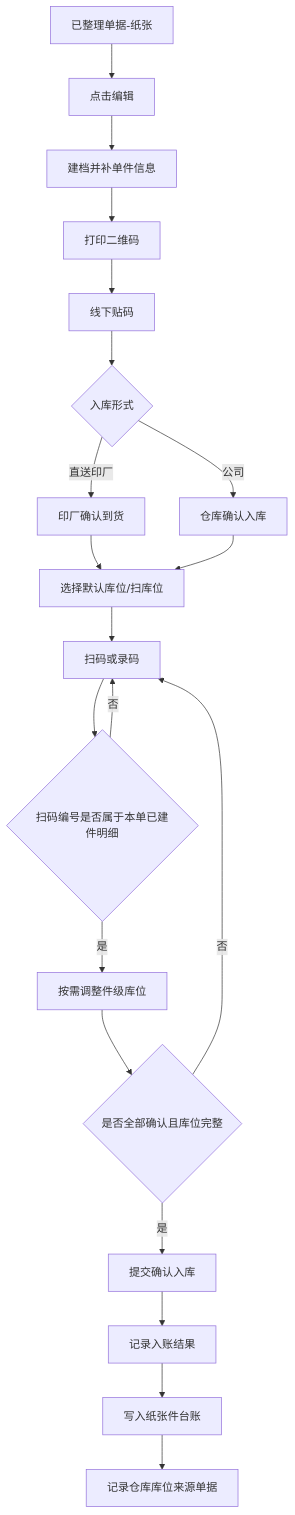
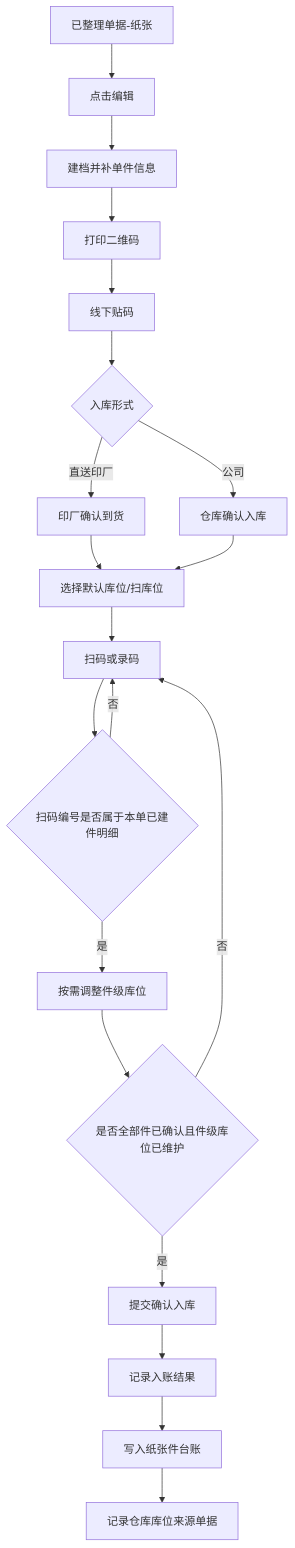
One commit to 22816523/math-kids changed the first of 3 diagrams in 3-纸张管理扫码出入库/纸张管理迭代需求文档_2026-03-18.md. Above: the diagram before and after it, drawn with Mermaid. The commit also changed other lines of this file and 12 other files, not shown here.

````diff
--- a/3-纸张管理扫码出入库/纸张管理迭代需求文档_2026-03-18.md
+++ b/3-纸张管理扫码出入库/纸张管理迭代需求文档_2026-03-18.md
@@ -190,22 +204,22 @@
 ```mermaid
 graph TD
 A["已整理单据-纸张"] --> B["点击编辑"]
 B --> C["建档并补单件信息"]
 C --> D["打印二维码"]
 D --> E["线下贴码"]
 E --> F{"入库形式"}
 F -->|直送印厂| G["印厂确认到货"]
 F -->|公司| H["仓库确认入库"]
 G --> I["选择默认库位/扫库位"]
 H --> I
 I --> J["扫码或录码"]
 J --> K{"扫码编号是否属于本单已建件明细"}
 K -->|否| J
 K -->|是| L["按需调整件级库位"]
-L --> M{"是否全部确认且库位完整"}
+L --> M{"是否全部件已确认且件级库位已维护"}
 M -->|否| J
 M -->|是| N["提交确认入库"]
 N --> O["记录入账结果"]
 O --> P["写入纸张件台账"]
 P --> Q["记录仓库库位来源单据"]
 ```
````
